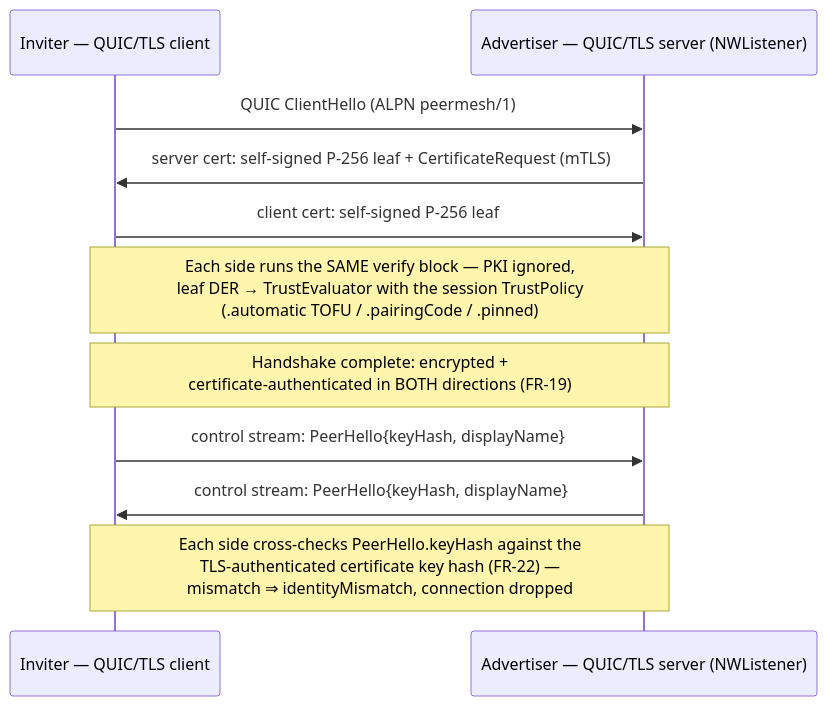
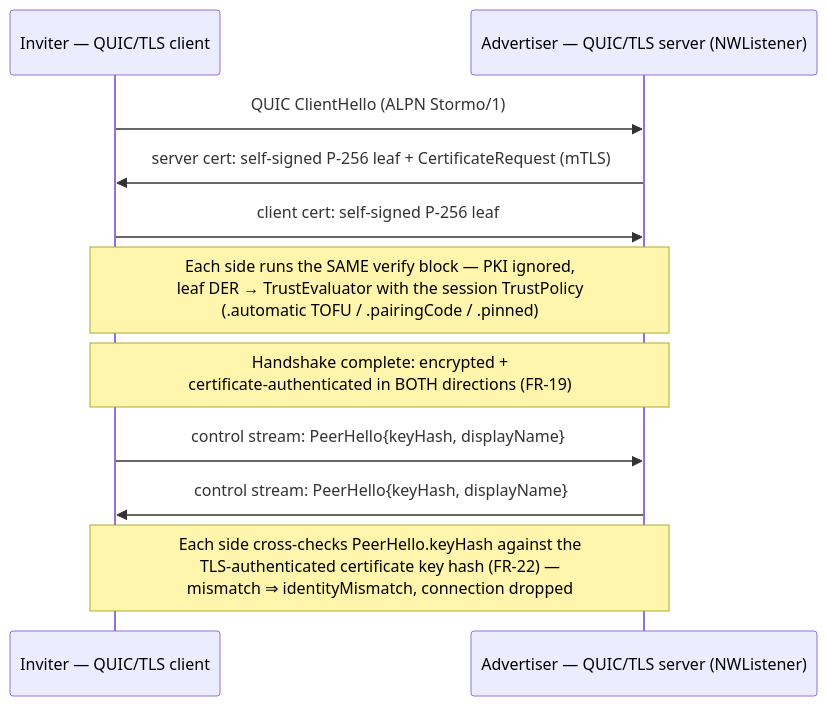
One commit to security-union/Stormo changed the eighth of 8 diagrams in docs/design-mpc-successor.md. Above: the diagram before and after it, drawn with Mermaid. The commit also changed other lines of this file and 93 other files, not shown here.

````diff
--- a/docs/design-mpc-successor.md
+++ b/docs/design-mpc-successor.md
@@ -511,13 +511,13 @@
 ```mermaid
 sequenceDiagram
     participant B as Inviter — QUIC/TLS client
     participant A as Advertiser — QUIC/TLS server (NWListener)
-    B->>A: QUIC ClientHello (ALPN peermesh/1)
+    B->>A: QUIC ClientHello (ALPN Stormo/1)
     A->>B: server cert: self-signed P-256 leaf + CertificateRequest (mTLS)
     B->>A: client cert: self-signed P-256 leaf
     Note over B,A: Each side runs the SAME verify block — PKI ignored,<br/>leaf DER → TrustEvaluator with the session TrustPolicy<br/>(.automatic TOFU / .pairingCode / .pinned)
     Note over B,A: Handshake complete: encrypted +<br/>certificate-authenticated in BOTH directions (FR-19)
     B->>A: control stream: PeerHello{keyHash, displayName}
     A->>B: control stream: PeerHello{keyHash, displayName}
     Note over B,A: Each side cross-checks PeerHello.keyHash against the<br/>TLS-authenticated certificate key hash (FR-22) —<br/>mismatch ⇒ identityMismatch, connection dropped
 ```
````
